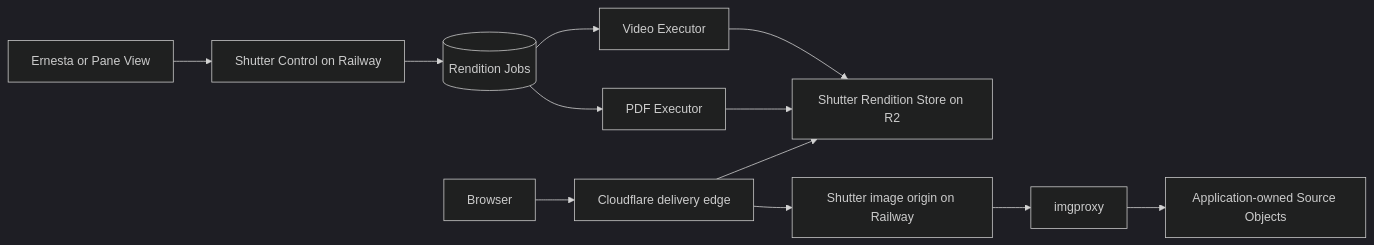
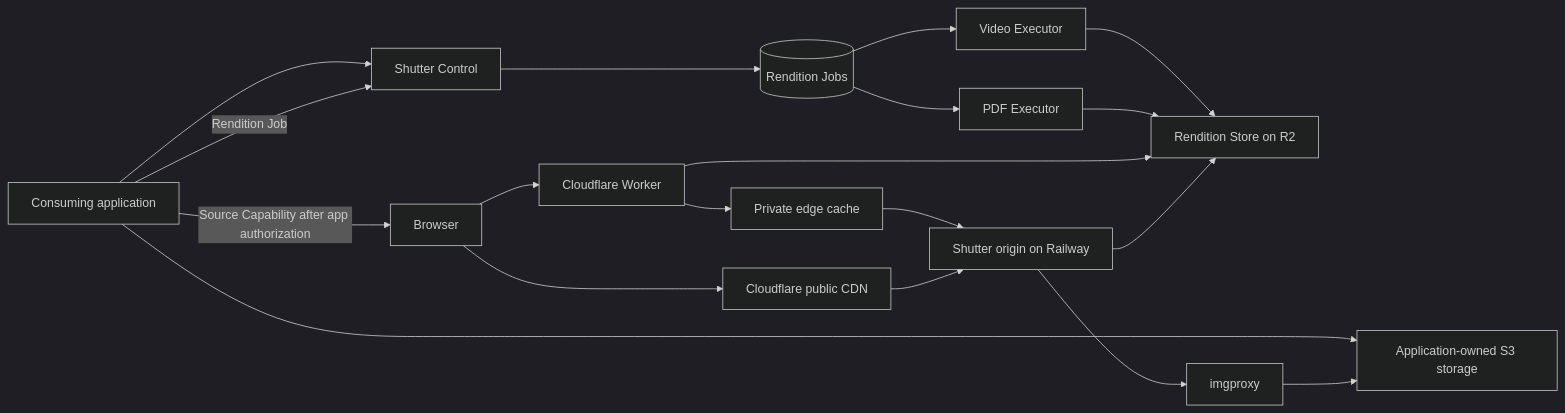
The diagram in README.md (Traydr/shutter), drawn with Mermaid (dark theme) before and after one commit. The commit also changed other lines of this file and 40 other files, not shown here.

````diff
--- a/README.md
+++ b/README.md
@@ -13,14 +21,20 @@
 ```mermaid
 flowchart LR
-  app["Ernesta or Pane View"] --> control["Shutter Control on Railway"]
+  app["Consuming application"] --> control["Shutter Control"]
+  app --> source["Application-owned S3 storage"]
+  app -->|"Rendition Job"| control
   control --> jobs[("Rendition Jobs")]
   jobs --> video["Video Executor"]
   jobs --> pdf["PDF Executor"]
-  video --> r2["Shutter Rendition Store on R2"]
-  pdf --> r2
-  browser["Browser"] --> edge["Cloudflare delivery edge"]
-  edge --> r2
-  edge --> origin["Shutter image origin on Railway"]
-  origin --> imgproxy["imgproxy"]
-  imgproxy --> sources["Application-owned Source Objects"]
+  video --> derived["Rendition Store on R2"]
+  pdf --> derived
+  browser["Browser"] --> worker["Cloudflare Worker"]
+  worker --> privateCache["Private edge cache"]
+  browser --> publicCache["Cloudflare public CDN"]
+  privateCache --> origin["Shutter origin on Railway"]
+  publicCache --> origin
+  origin --> image["imgproxy"] --> source
+  worker --> derived
+  origin --> derived
+  app -->|"Source Capability after app authorization"| browser
 ```
````
